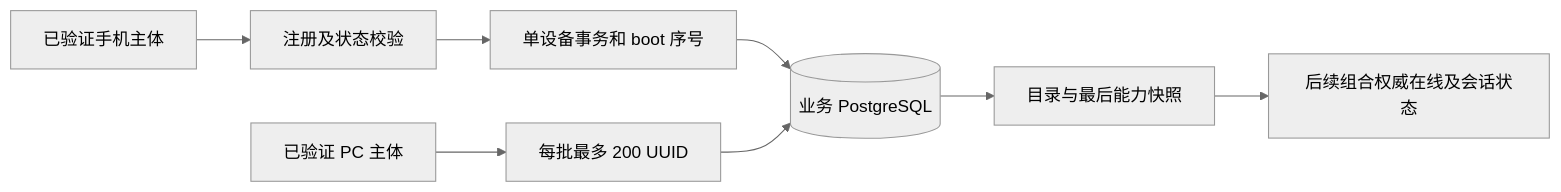
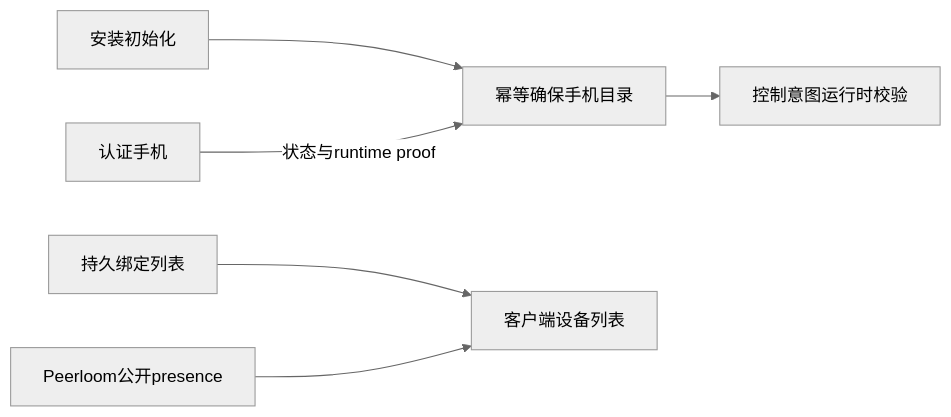
Before and after one commit to barry-ran/quick-mirror-service: the diagram in docs/设备目录模块.md, drawn with Mermaid (neutral theme). The commit also changed other lines of this file and 53 other files, not shown here.

````diff
--- a/docs/设备目录模块.md
+++ b/docs/设备目录模块.md
@@ -5,10 +5,8 @@
 ```mermaid
 flowchart LR
-    M[已验证手机主体] --> R[注册及状态校验]
-    R --> T[单设备事务和 boot 序号]
-    T --> DB[(业务 PostgreSQL)]
-    P[已验证 PC 主体] --> Q[每批最多 200 UUID]
-    Q --> DB
-    DB --> S[目录与最后能力快照]
-    S --> O[后续组合权威在线及会话状态]
+ I[安装初始化] --> C[幂等确保手机目录]
+ M[认证手机] -->|状态与runtime proof| C
+ B[持久绑定列表] --> V[客户端设备列表]
+ P[Peerloom公开presence] --> V
+ C --> K[控制意图运行时校验]
 ```
````
